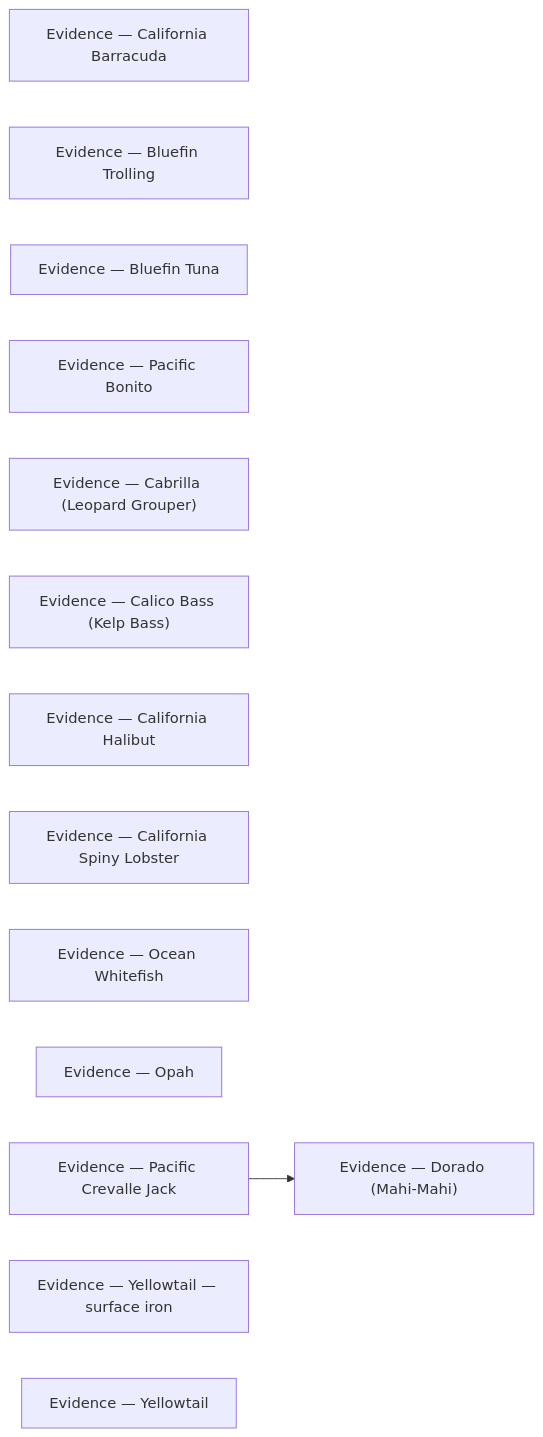
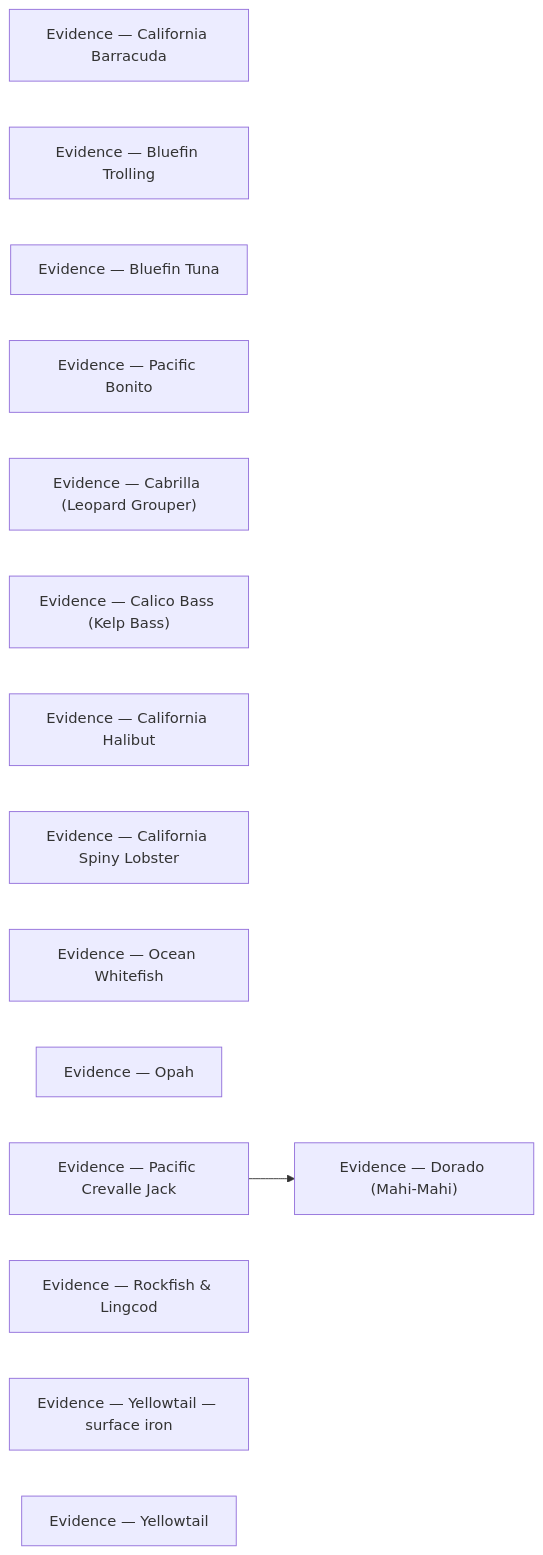
The diagram in species/evidence/README.md (camchuckpete-max/Socal-Fishing-Knowledge), drawn with Mermaid before and after one commit. The commit also changed other lines of this file and 28 other files, not shown here.

Commit message:
review: species/rockfish-lingcod.md — transform

````diff
--- a/species/evidence/README.md
+++ b/species/evidence/README.md
@@ -27,18 +28,19 @@
 ```mermaid
 graph LR
   n0["Evidence — California Barracuda"]
   n1["Evidence — Bluefin Trolling"]
   n2["Evidence — Bluefin Tuna"]
   n3["Evidence — Pacific Bonito"]
   n4["Evidence — Cabrilla (Leopard Grouper)"]
   n5["Evidence — Calico Bass (Kelp Bass)"]
   n6["Evidence — California Halibut"]
   n7["Evidence — California Spiny Lobster"]
   n8["Evidence — Dorado (Mahi-Mahi)"]
   n9["Evidence — Ocean Whitefish"]
   n10["Evidence — Opah"]
   n11["Evidence — Pacific Crevalle Jack"]
-  n12["Evidence — Yellowtail — surface iron"]
-  n13["Evidence — Yellowtail"]
+  n12["Evidence — Rockfish & Lingcod"]
+  n13["Evidence — Yellowtail — surface iron"]
+  n14["Evidence — Yellowtail"]
   n11 --> n8
 ```
````
